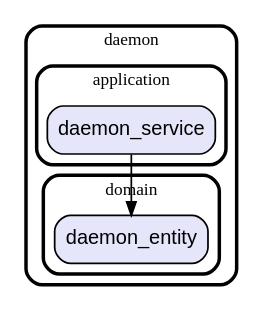
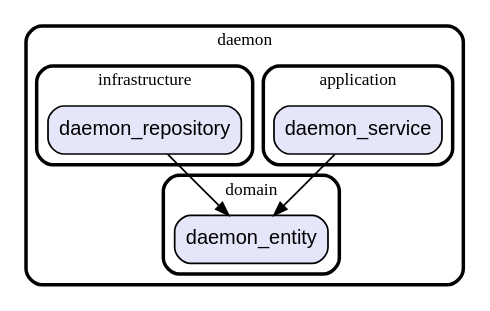
One commit to gev/reacthome-mobile changed the diagram in graph/lib/features/daemon.dot. Above: the diagram before and after it, drawn with Graphviz. The commit also changed 4 other files, not shown here.

Commit message:
update the graph

```diff
--- a/graph/lib/features/daemon.dot
+++ b/graph/lib/features/daemon.dot
@@ -1,19 +1,25 @@
 digraph "" {
   graph [style=rounded fontname="Arial Black" fontsize=13 penwidth=2.6];
   node [shape=rect style="filled,rounded" fontname=Arial fontsize=15 fillcolor=Lavender penwidth=1.3];
   edge [penwidth=1.3];
   "/application/daemon_service.dart" [label="daemon_service"];
+  "/infrastructure/daemon_repository.dart" [label="daemon_repository"];
   "/domain/daemon_entity.dart" [label="daemon_entity"];
   subgraph "cluster~" {
     label="daemon";
     subgraph "cluster~/application" {
       label="application";
       "/application/daemon_service.dart";
     }
+    subgraph "cluster~/infrastructure" {
+      label="infrastructure";
+      "/infrastructure/daemon_repository.dart";
+    }
     subgraph "cluster~/domain" {
       label="domain";
       "/domain/daemon_entity.dart";
     }
   }
   "/application/daemon_service.dart" -> "/domain/daemon_entity.dart";
+  "/infrastructure/daemon_repository.dart" -> "/domain/daemon_entity.dart";
 }
```
